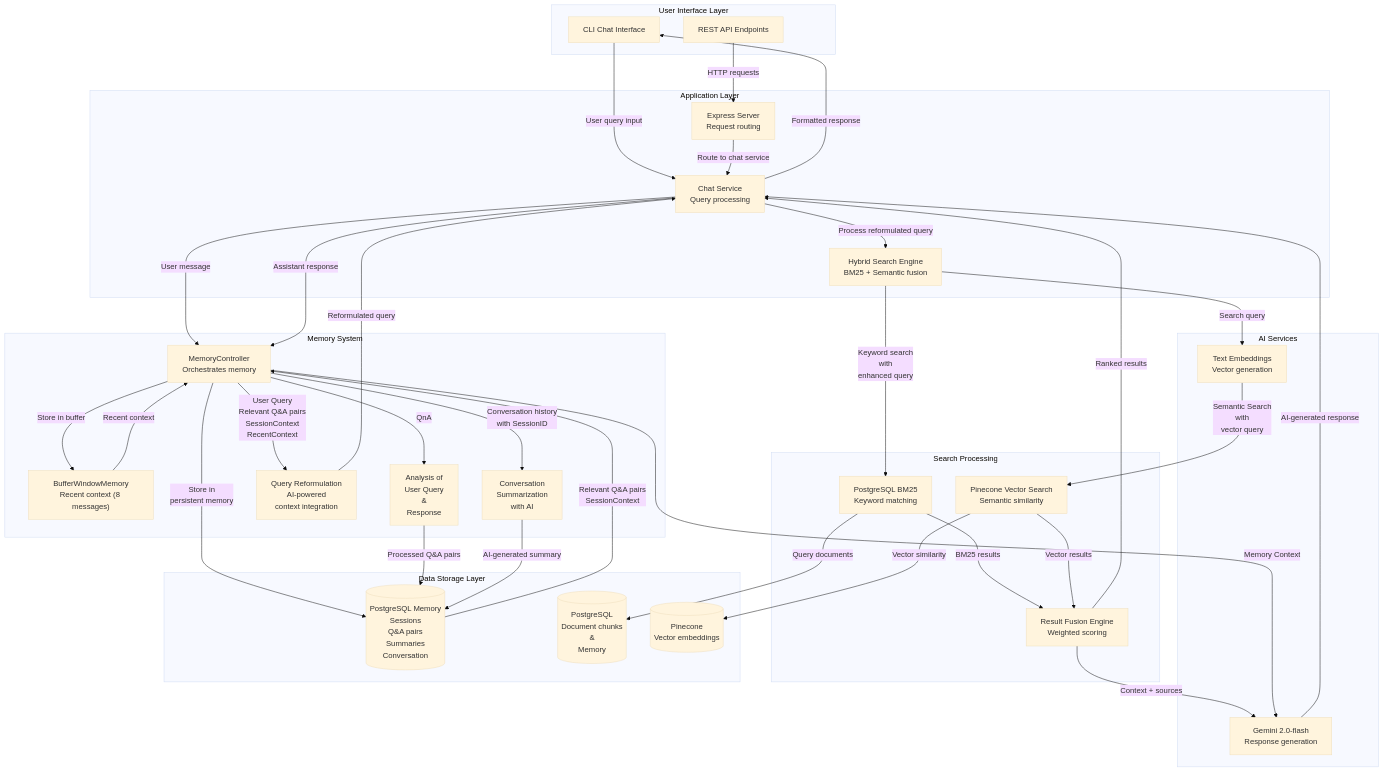
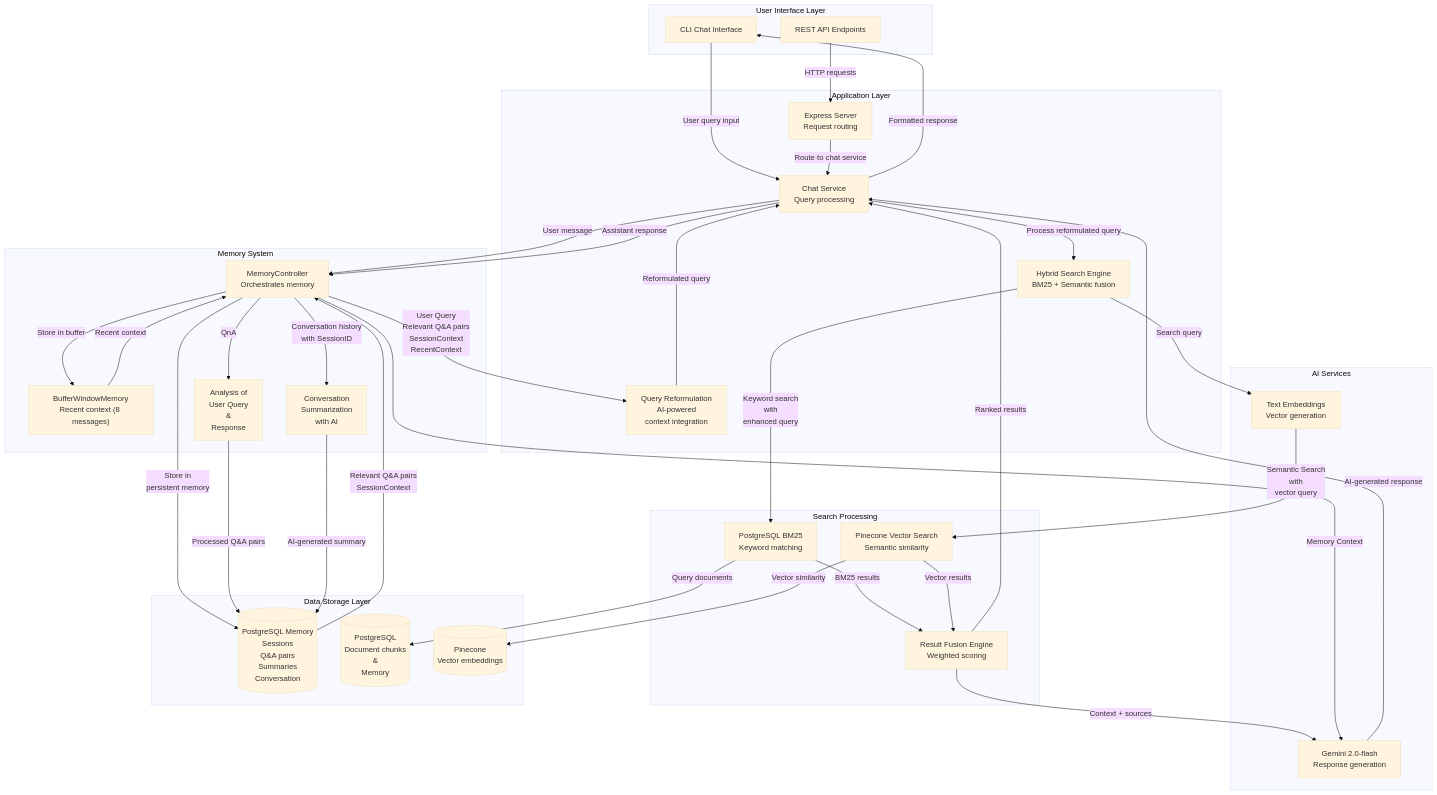
Before and after one commit to TEJ-Fellowship/pbl: the first of 3 diagrams in PBL4/StripeCustomerSupportAgent/Backend/README.md, drawn with Mermaid (base theme).

````diff
--- a/PBL4/StripeCustomerSupportAgent/Backend/README.md
+++ b/PBL4/StripeCustomerSupportAgent/Backend/README.md
@@ -26,82 +26,82 @@
 ```mermaid
 graph TB
     subgraph "User Interface Layer"
         CLI["CLI Chat Interface"]
         API["REST API Endpoints"]
     end
 
     subgraph "Application Layer"
         CHAT["Chat Service<br/>Query processing"]
+QUERY_REFORM["Query Reformulation<br/>AI-powered <br/>context integration"]
         SEARCH["Hybrid Search Engine<br/>BM25 + Semantic fusion"]
         SERVER["Express Server<br/>Request routing"]
     end
 
     subgraph "Memory System"
         BUFFER["BufferWindowMemory<br/>Recent context (8 messages)"]
         MEMORY_CTRL["MemoryController<br/>Orchestrates memory"]
         AI_SUMMARY["Conversation <br/>Summarization <br/>with AI"]
-        QUERY_REFORM["Query Reformulation<br/>AI-powered <br/>context integration"]
         QnA_ANALYSIS["Analysis of <br/>User Query <br/>&<br/>Response"]
     end
 
     subgraph "Search Processing"
         BM25["PostgreSQL BM25<br/>Keyword matching"]
         VECTOR["Pinecone Vector Search<br/>Semantic similarity"]
         FUSION["Result Fusion Engine<br/>Weighted scoring"]
     end
 
     subgraph "AI Services"
         GEMINI["Gemini 2.0-flash<br/>Response generation"]
         EMBEDDINGS["Text Embeddings<br/>Vector generation"]
     end
 
     subgraph "Data Storage Layer"
         MEMORY_DB[("PostgreSQL Memory<br/>Sessions <br/>Q&A pairs <br/>Summaries <br/>Conversation")]
         POSTGRES[("PostgreSQL<br/>Document chunks<br/> & <br/>Memory")]
         PINECONE[("Pinecone<br/>Vector embeddings")]
     end
 
     %% User interaction flow
     CLI -->|"User query input"| CHAT
     API -->|"HTTP requests"| SERVER
     SERVER -->|"Route to chat service"| CHAT
     CHAT -->|"Formatted response"| CLI
 
     %% Memory processing flow
     CHAT -->|"User message"| MEMORY_CTRL
     MEMORY_CTRL -->|"Store in buffer"| BUFFER
     MEMORY_CTRL -->|"Store in <br/>persistent memory"| MEMORY_DB
     MEMORY_CTRL -->|"QnA"|QnA_ANALYSIS
     BUFFER -->|"Recent context"| MEMORY_CTRL
     MEMORY_DB -->|"Relevant Q&A pairs<br/>SessionContext"| MEMORY_CTRL
     MEMORY_CTRL -->|"User Query<br/>Relevant Q&A pairs<br/>SessionContext<br/>RecentContext"| QUERY_REFORM
 
 
     %% Search orchestration with memory
     CHAT -->|"Process reformulated query"| SEARCH
     QUERY_REFORM -->|"Reformulated query"| CHAT
     SEARCH -->|"Keyword search</br>with</br>enhanced query"| BM25
     BM25 -->|"Query documents"| POSTGRES
     VECTOR -->|"Vector similarity"| PINECONE
 
     %% Result processing
     BM25 -->|"BM25 results"| FUSION
     VECTOR -->|"Vector results"| FUSION
     FUSION -->|"Ranked results"| CHAT
     FUSION -->|"Context + sources"| GEMINI
 
     %% AI response generation with memory
     GEMINI -->|"AI-generated response"| CHAT
     CHAT -->|"Assistant response"| MEMORY_CTRL
     QnA_ANALYSIS -->|"Processed Q&A pairs"| MEMORY_DB
     MEMORY_CTRL -->|"Memory Context"| GEMINI
 
     %% Conversation Summarization with AI
     MEMORY_CTRL -->|"Conversation history<br/>with SessionID"| AI_SUMMARY
     AI_SUMMARY -->|"AI-generated summary"| MEMORY_DB
 
 
     %% Search and embeddings flow
     SEARCH -->|"Search query"| EMBEDDINGS
     EMBEDDINGS -->|"Semantic Search</br>with</br>vector query"| VECTOR
 ```
````
